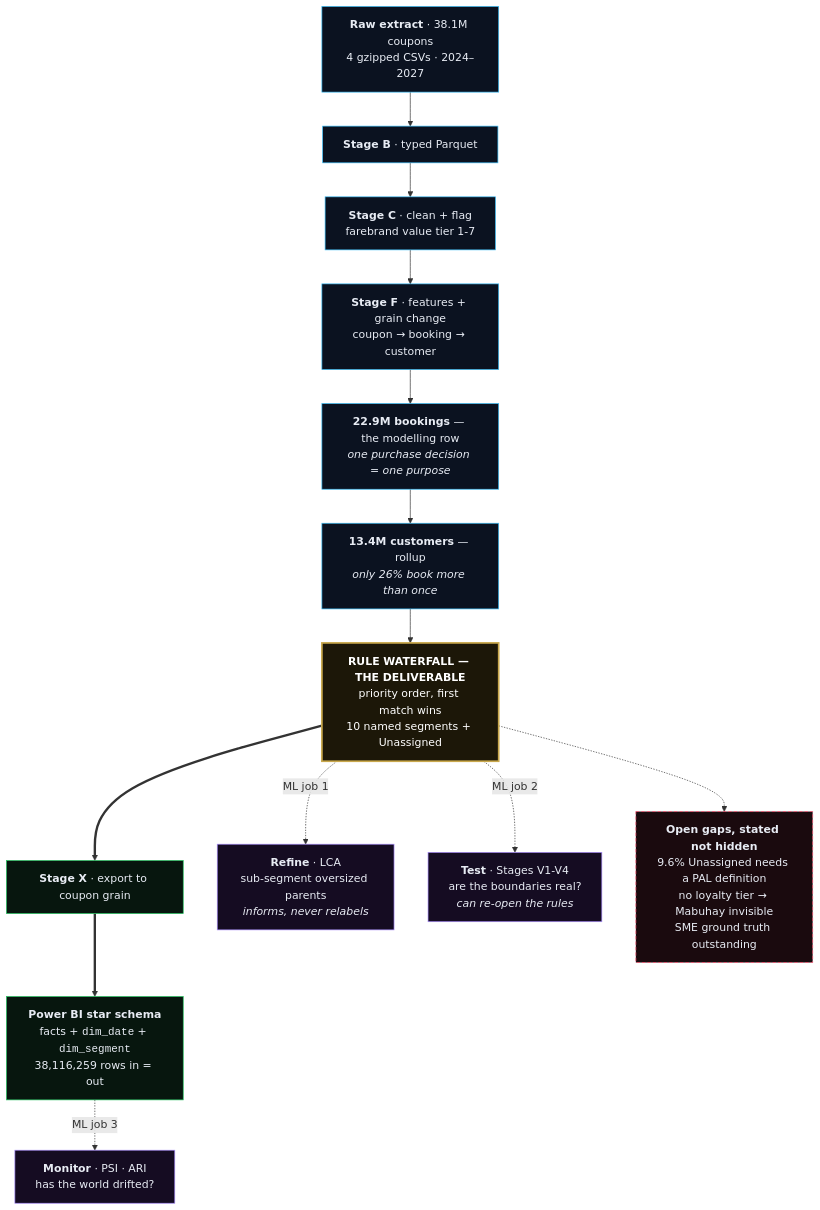
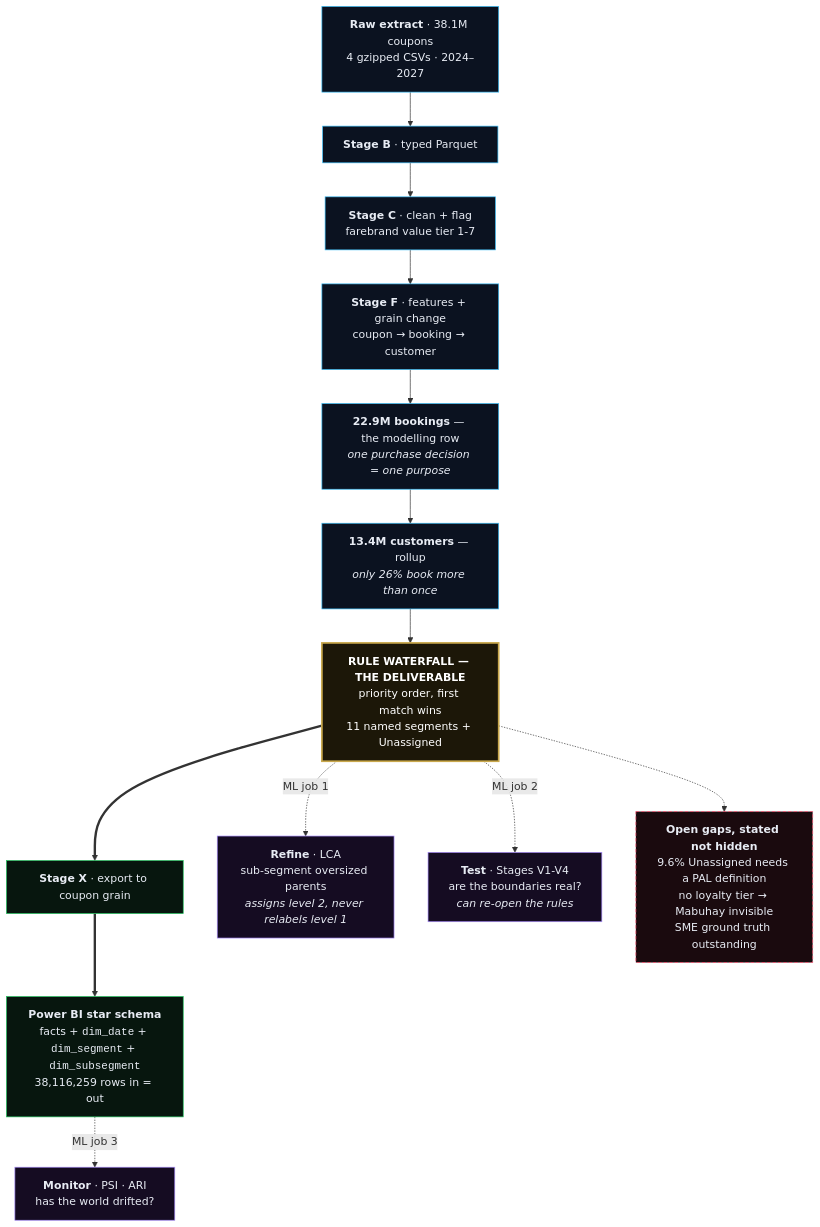
The first of 2 diagrams in docs/methodology.md (ejbbinaday/pal-customer-segmentation), drawn with Mermaid before and after one commit. The commit also changed other lines of this file and 132 other files, not shown here.

````diff
--- a/docs/methodology.md
+++ b/docs/methodology.md
@@ -203,33 +255,33 @@
 ```mermaid
 flowchart TB
   classDef stage    fill:#0B1220,stroke:#38BDF8,stroke-width:1px,color:#E8ECF4
   classDef primary  fill:#1C1708,stroke:#C9A84C,stroke-width:2.5px,color:#FFFFFF
   classDef ml       fill:#150C22,stroke:#A78BFA,stroke-width:1px,color:#E8ECF4
   classDef out      fill:#07160E,stroke:#22C55E,stroke-width:1px,color:#E8ECF4
   classDef gap      fill:#1A0A0E,stroke:#FF4D6D,stroke-width:1px,stroke-dasharray:5 3,color:#E8ECF4
 
   RAW["<b>Raw extract</b> · 38.1M coupons<br/>4 gzipped CSVs · 2024–2027"]:::stage
   B["<b>Stage B</b> · typed Parquet"]:::stage
   C["<b>Stage C</b> · clean + flag<br/>farebrand value tier 1-7"]:::stage
   F["<b>Stage F</b> · features + grain change<br/>coupon → booking → customer"]:::stage
   BK["<b>22.9M bookings</b> — the modelling row<br/><i>one purchase decision = one purpose</i>"]:::stage
   CU["<b>13.4M customers</b> — rollup<br/><i>only 26% book more than once</i>"]:::stage
 
-  RULE["<b>RULE WATERFALL — THE DELIVERABLE</b><br/>priority order, first match wins<br/>10 named segments + Unassigned"]:::primary
+  RULE["<b>RULE WATERFALL — THE DELIVERABLE</b><br/>priority order, first match wins<br/>11 named segments + Unassigned"]:::primary
 
   X["<b>Stage X</b> · export to coupon grain"]:::out
-  BI["<b>Power BI star schema</b><br/>facts + <code>dim_date</code> + <code>dim_segment</code><br/>38,116,259 rows in = out"]:::out
+  BI["<b>Power BI star schema</b><br/>facts + <code>dim_date</code> + <code>dim_segment</code> + <code>dim_subsegment</code><br/>38,116,259 rows in = out"]:::out
 
-  LCA["<b>Refine</b> · LCA<br/>sub-segment oversized parents<br/><i>informs, never relabels</i>"]:::ml
+  LCA["<b>Refine</b> · LCA<br/>sub-segment oversized parents<br/><i>assigns level 2, never relabels level 1</i>"]:::ml
   VAL["<b>Test</b> · Stages V1-V4<br/>are the boundaries real?<br/><i>can re-open the rules</i>"]:::ml
   MON["<b>Monitor</b> · PSI · ARI<br/>has the world drifted?"]:::ml
 
   GAP["<b>Open gaps, stated not hidden</b><br/>9.6% Unassigned needs a PAL definition<br/>no loyalty tier → Mabuhay invisible<br/>SME ground truth outstanding"]:::gap
 
   RAW --> B --> C --> F --> BK --> CU --> RULE
   RULE ==> X ==> BI
   RULE -.->|"ML job 1"| LCA
   RULE -.->|"ML job 2"| VAL
   BI -.->|"ML job 3"| MON
   RULE -.-> GAP
 ```
````
